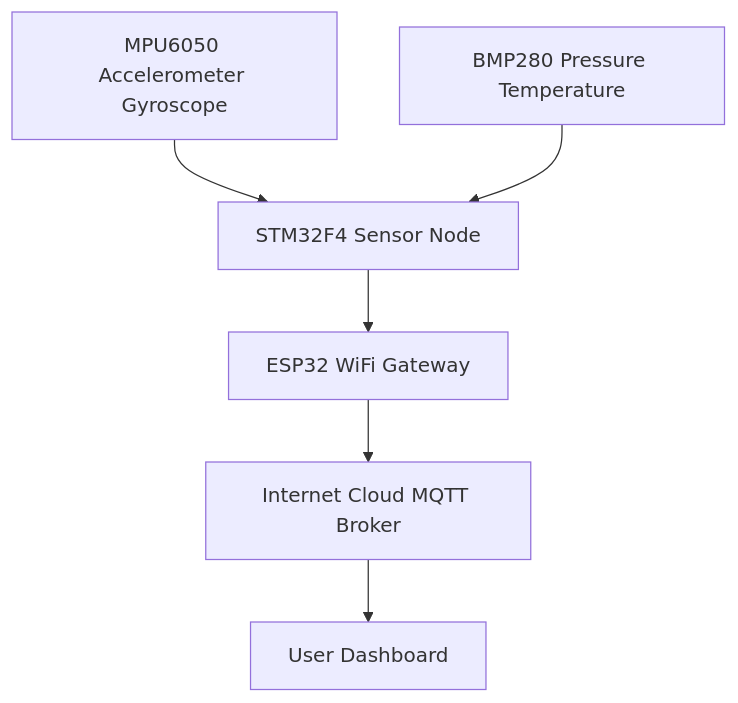
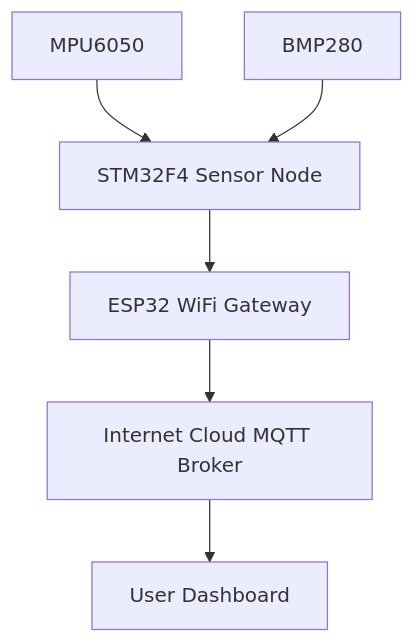
Before and after one commit to Hamidrezanobari/STM32-ESP32: the diagram in README.md, drawn with Mermaid.

````diff
--- a/README.md
+++ b/README.md
@@ -40,9 +40,9 @@
 ```mermaid
 graph TD
-    A[MPU6050 Accelerometer Gyroscope] --> B[STM32F4 Sensor Node]
-    C[BMP280 Pressure Temperature] --> B
+    A[MPU6050] --> B[STM32F4 Sensor Node]
+    C[BMP280] --> B
     B --> D[ESP32 WiFi Gateway]
     D --> E[Internet Cloud MQTT Broker]
     E --> F[User Dashboard]
 
 ```
````
